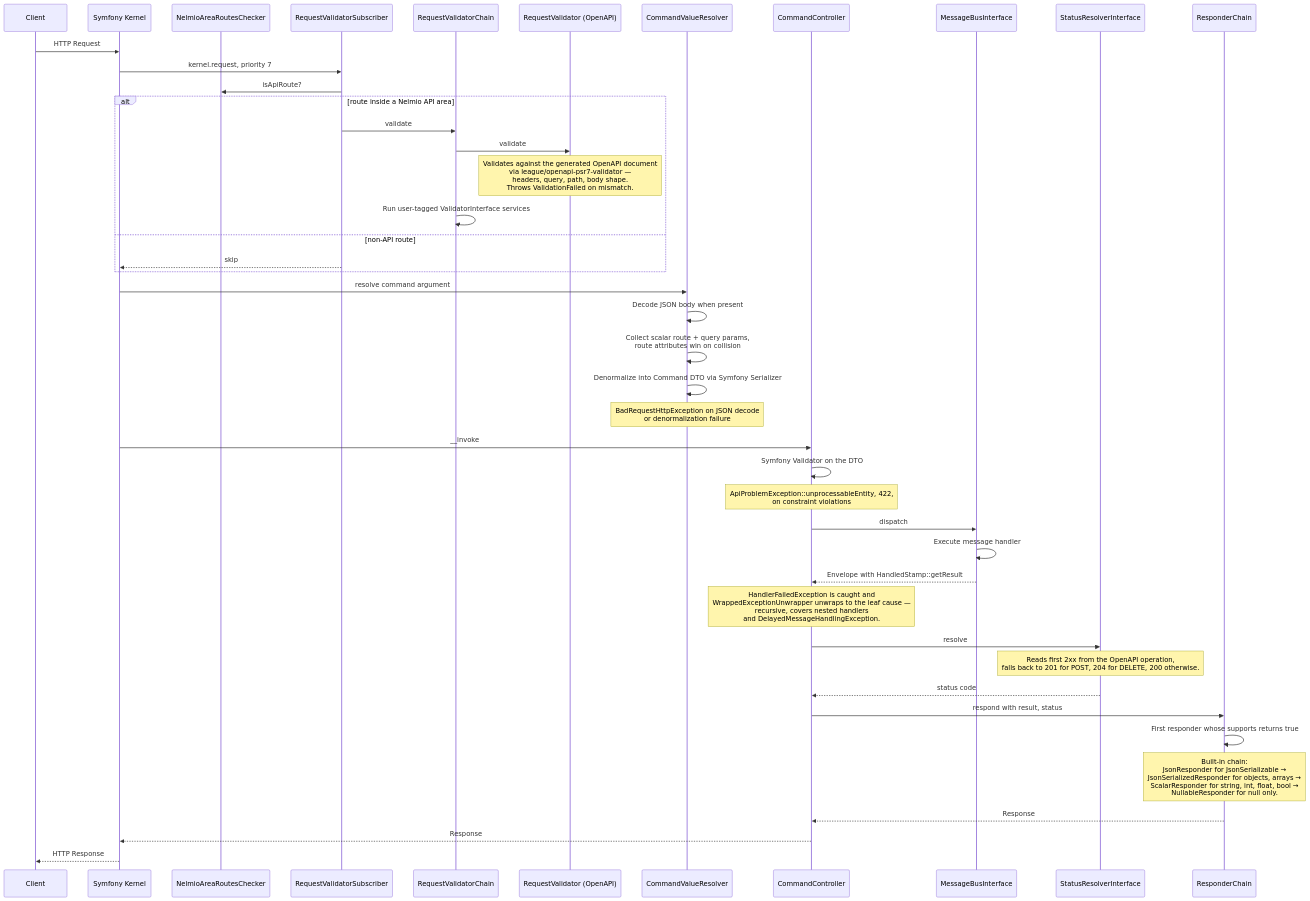
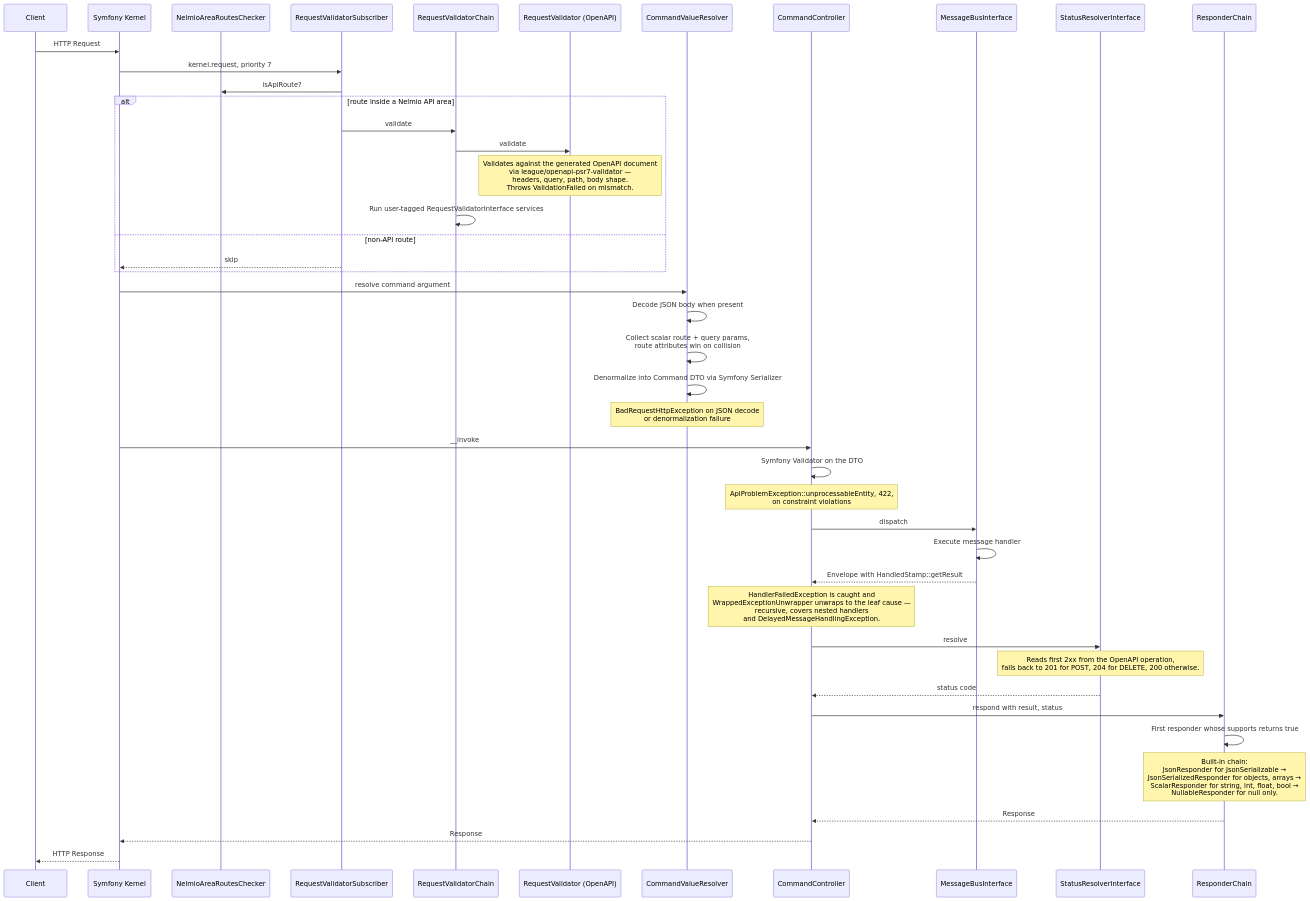
One commit to stixx/openapi-command-bundle changed the first of 2 diagrams in docs/command-routing.md. Above: the diagram before and after it, drawn with Mermaid. The commit also changed 13 other files, not shown here.

First line of the commit message:
Rename ValidatorInterface to RequestValidatorInterface, document BC policy

````diff
--- a/docs/command-routing.md
+++ b/docs/command-routing.md
@@ -30,51 +30,51 @@
 ```mermaid
 sequenceDiagram
     participant Client
     participant Kernel as Symfony Kernel
     participant Areas as NelmioAreaRoutesChecker
     participant ReqSub as RequestValidatorSubscriber
     participant Chain as RequestValidatorChain
     participant ApiV as RequestValidator (OpenAPI)
     participant Resolver as CommandValueResolver
     participant Controller as CommandController
     participant Bus as MessageBusInterface
     participant Status as StatusResolverInterface
     participant Responder as ResponderChain
 
     Client->>Kernel: HTTP Request
     Kernel->>ReqSub: kernel.request, priority 7
     ReqSub->>Areas: isApiRoute?
     alt route inside a Nelmio API area
         ReqSub->>Chain: validate
         Chain->>ApiV: validate
         Note over ApiV: Validates against the generated OpenAPI document<br/>via league/openapi-psr7-validator —<br/>headers, query, path, body shape.<br/>Throws ValidationFailed on mismatch.
-        Chain->>Chain: Run user-tagged ValidatorInterface services
+        Chain->>Chain: Run user-tagged RequestValidatorInterface services
     else non-API route
         ReqSub-->>Kernel: skip
     end
 
     Kernel->>Resolver: resolve command argument
     Resolver->>Resolver: Decode JSON body when present
     Resolver->>Resolver: Collect scalar route + query params,<br/>route attributes win on collision
     Resolver->>Resolver: Denormalize into Command DTO via Symfony Serializer
     Note over Resolver: BadRequestHttpException on JSON decode<br/>or denormalization failure
 
     Kernel->>Controller: __invoke
     Controller->>Controller: Symfony Validator on the DTO
     Note over Controller: ApiProblemException::unprocessableEntity, 422,<br/>on constraint violations
 
     Controller->>Bus: dispatch
     Bus->>Bus: Execute message handler
     Bus-->>Controller: Envelope with HandledStamp::getResult
     Note over Controller: HandlerFailedException is caught and<br/>WrappedExceptionUnwrapper unwraps to the leaf cause —<br/>recursive, covers nested handlers<br/>and DelayedMessageHandlingException.
 
     Controller->>Status: resolve
     Note over Status: Reads first 2xx from the OpenAPI operation,<br/>falls back to 201 for POST, 204 for DELETE, 200 otherwise.
     Status-->>Controller: status code
     Controller->>Responder: respond with result, status
     Responder->>Responder: First responder whose supports returns true
     Note over Responder: Built-in chain:<br/>JsonResponder for JsonSerializable →<br/>JsonSerializedResponder for objects, arrays →<br/>ScalarResponder for string, int, float, bool →<br/>NullableResponder for null only.
     Responder-->>Controller: Response
     Controller-->>Kernel: Response
     Kernel-->>Client: HTTP Response
 ```
````
